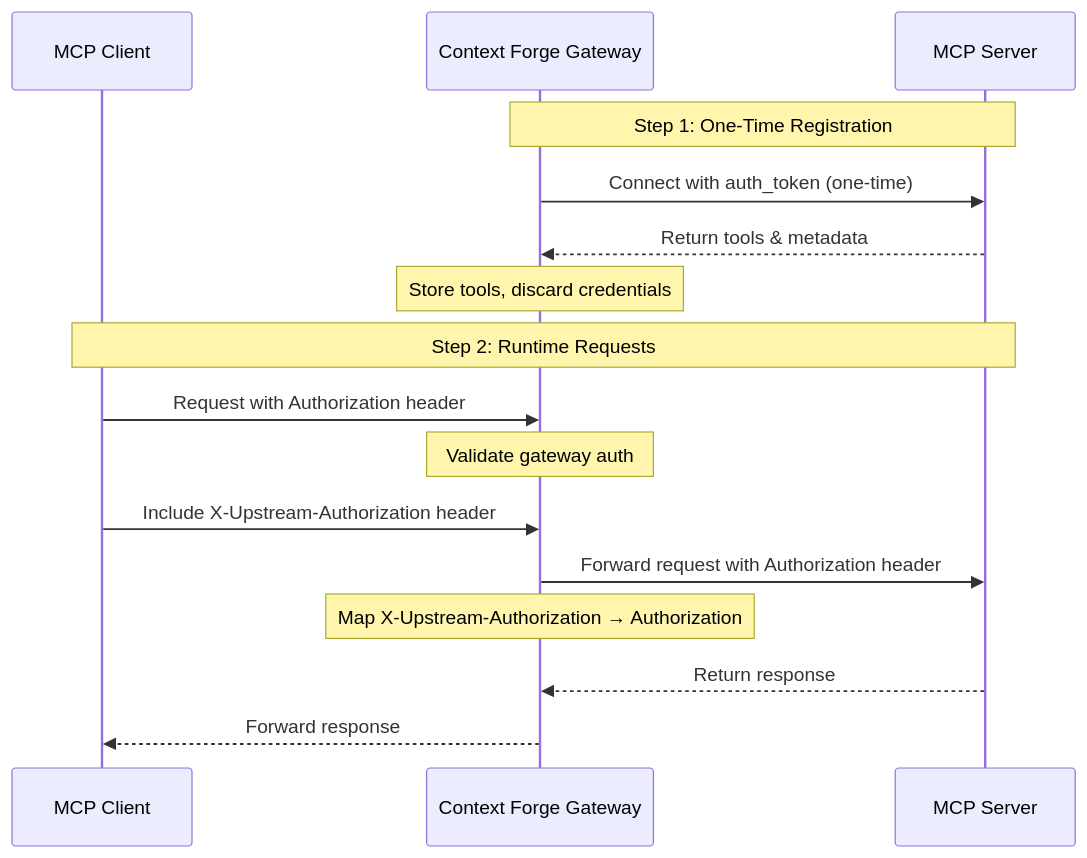
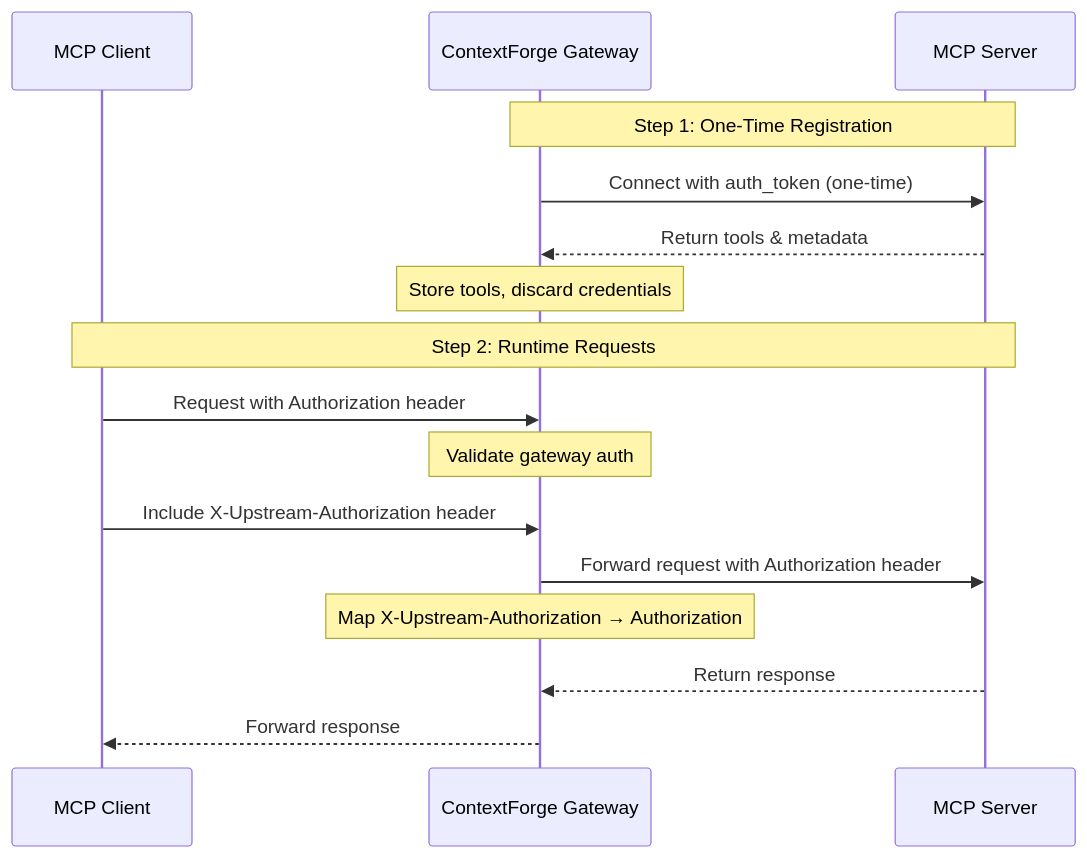
Before and after one commit to tedhabeck/mcp-context-forge: the third of 3 diagrams in docs/docs/overview/passthrough.md, drawn with Mermaid. The commit also changed other lines of this file and 583 other files, not shown here.

First line of the commit message:
docs: rebrand to ContextForge AI Gateway (#3091)

````diff
--- a/docs/docs/overview/passthrough.md
+++ b/docs/docs/overview/passthrough.md
@@ -481,20 +481,20 @@
 ```mermaid
 sequenceDiagram
     participant Client as MCP Client
-    participant Gateway as Context Forge Gateway
+    participant Gateway as ContextForge Gateway
     participant MCP as MCP Server
 
     Note over Gateway,MCP: Step 1: One-Time Registration
     Gateway->>MCP: Connect with auth_token (one-time)
     MCP-->>Gateway: Return tools & metadata
     Note over Gateway: Store tools, discard credentials
 
     Note over Client,MCP: Step 2: Runtime Requests
     Client->>Gateway: Request with Authorization header
     Note over Gateway: Validate gateway auth
     Client->>Gateway: Include X-Upstream-Authorization header
     Gateway->>MCP: Forward request with Authorization header
     Note over Gateway: Map X-Upstream-Authorization → Authorization
     MCP-->>Gateway: Return response
     Gateway-->>Client: Forward response
 ```
````
